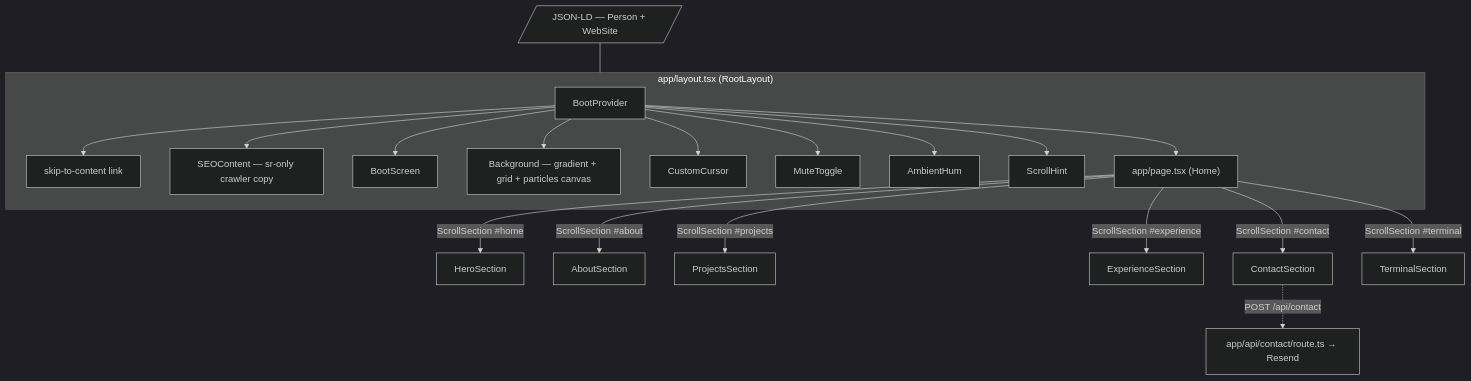
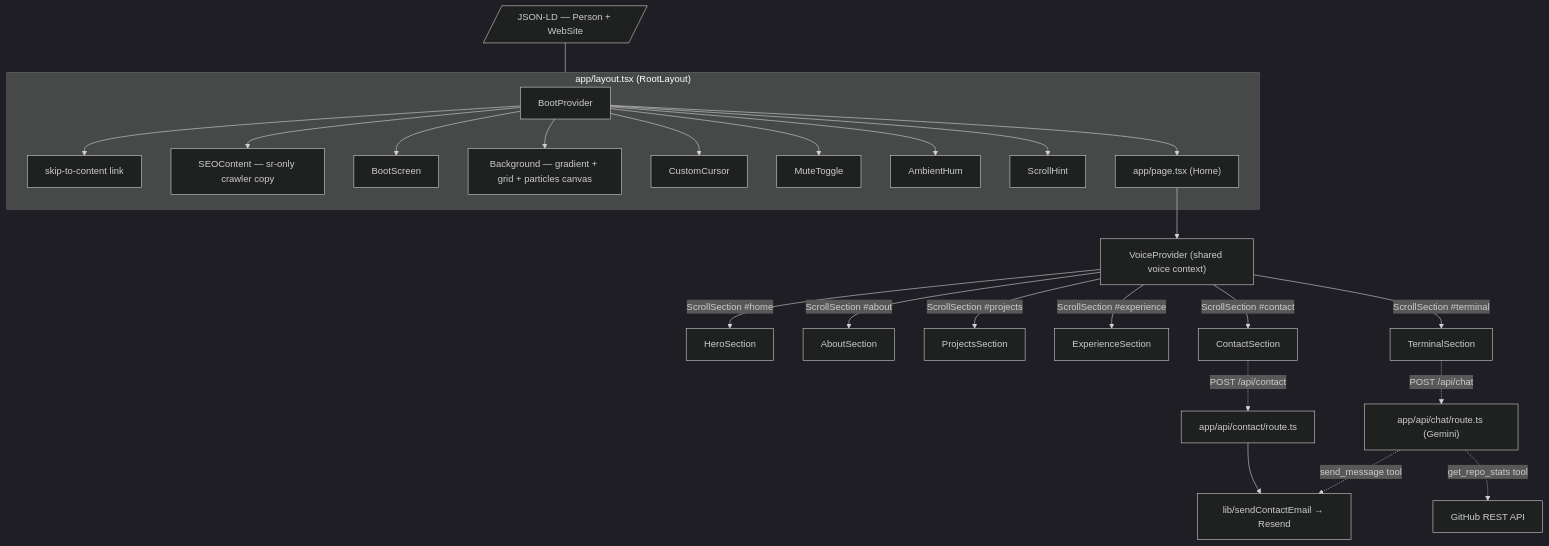
Before and after one commit to kudzaiprichard/my-portfolio: the first of 11 diagrams in README.md, drawn with Mermaid (dark theme). The commit also changed other lines of this file, not shown here.

First line of the commit message:
docs(readme): document AI agent + voice, fix mermaid diagrams, switch license to MIT

````diff
--- a/README.md
+++ b/README.md
@@ -187,24 +223,29 @@
 ```mermaid
 flowchart TB
     subgraph RootLayout["app/layout.tsx (RootLayout)"]
         BootProvider --> SkipLink[skip-to-content link]
         BootProvider --> SEOContent[SEOContent — sr-only crawler copy]
         BootProvider --> BootScreen
         BootProvider --> Background[Background — gradient + grid + particles canvas]
         BootProvider --> CustomCursor
         BootProvider --> MuteToggle
         BootProvider --> AmbientHum
         BootProvider --> ScrollHint
         BootProvider --> Page["app/page.tsx (Home)"]
     end
 
-    Page -->|ScrollSection #home| S1[HeroSection]
-    Page -->|ScrollSection #about| S2[AboutSection]
-    Page -->|ScrollSection #projects| S3[ProjectsSection]
-    Page -->|ScrollSection #experience| S4[ExperienceSection]
-    Page -->|ScrollSection #contact| S5[ContactSection]
-    Page -->|ScrollSection #terminal| S6[TerminalSection]
+    Page --> VP["VoiceProvider (shared voice context)"]
+    VP -->|ScrollSection #home| S1[HeroSection]
+    VP -->|ScrollSection #about| S2[AboutSection]
+    VP -->|ScrollSection #projects| S3[ProjectsSection]
+    VP -->|ScrollSection #experience| S4[ExperienceSection]
+    VP -->|ScrollSection #contact| S5[ContactSection]
+    VP -->|ScrollSection #terminal| S6[TerminalSection]
 
-    S5 -.POST /api/contact.-> API["app/api/contact/route.ts → Resend"]
+    S5 -. "POST /api/contact" .-> CT["app/api/contact/route.ts"]
+    S6 -. "POST /api/chat" .-> CH["app/api/chat/route.ts (Gemini)"]
+    CT --> Mail["lib/sendContactEmail → Resend"]
+    CH -. "send_message tool" .-> Mail
+    CH -. "get_repo_stats tool" .-> GH["GitHub REST API"]
     StructuredData[/JSON-LD — Person + WebSite/] --- RootLayout
 ```
````
